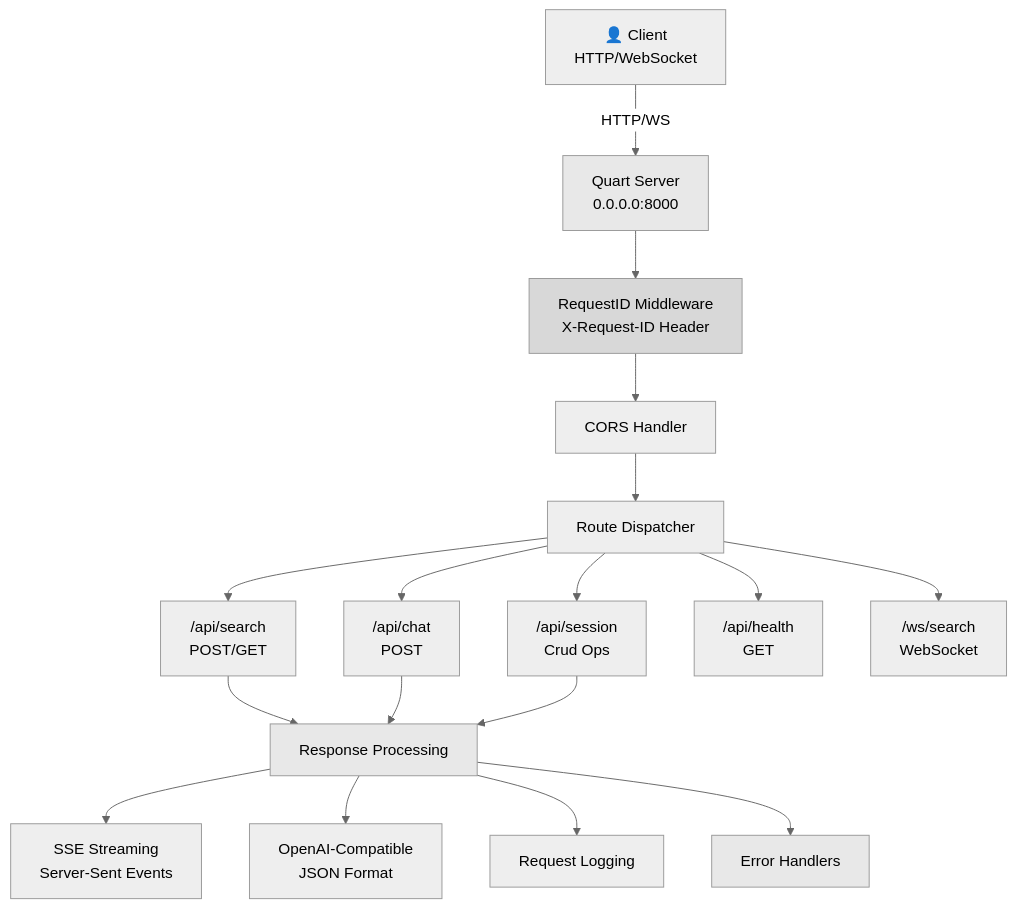
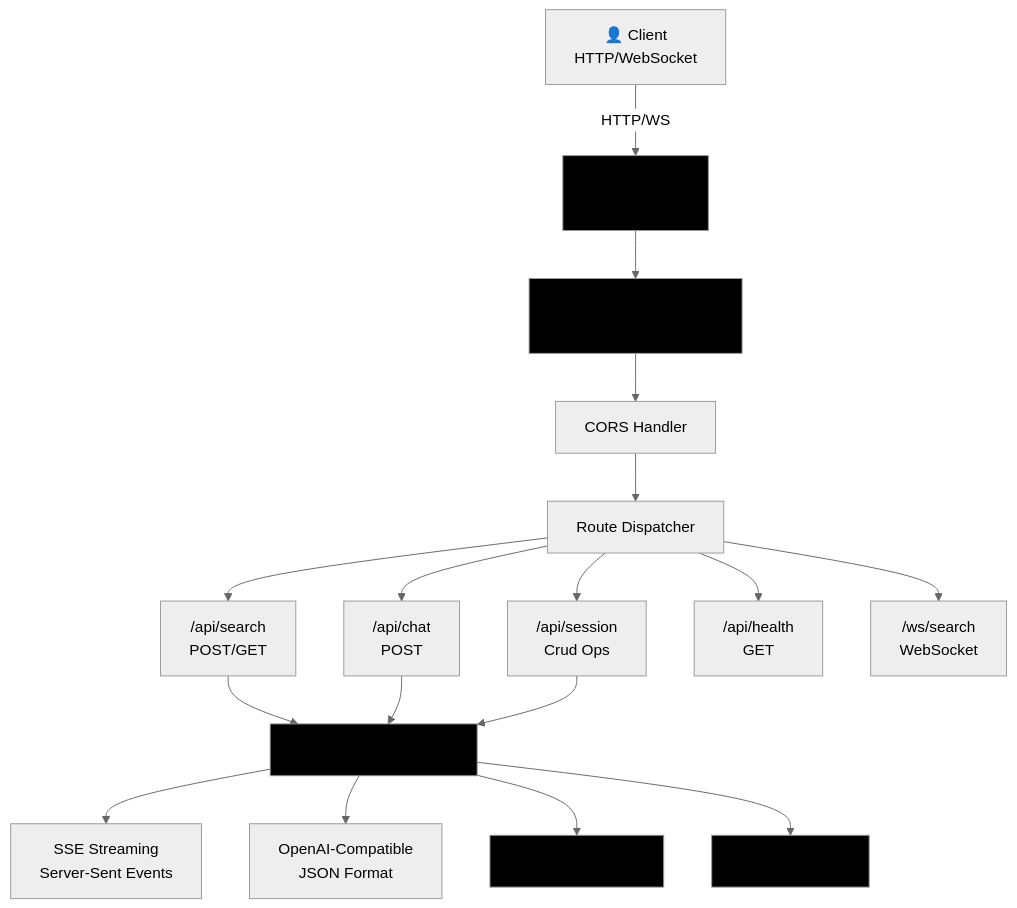
The second of 17 diagrams in DOCS/FULL_ARCHITECTURE.md (pollinations/lixSearch), drawn with Mermaid (neutral theme) before and after one commit.

Commit message:
refactor: Update diagram styles for improved visibility in architecture documentation

````diff
--- a/DOCS/FULL_ARCHITECTURE.md
+++ b/DOCS/FULL_ARCHITECTURE.md
@@ -277,44 +277,45 @@
 ```mermaid
 graph TD
     Client["👤 Client<br/>HTTP/WebSocket"]
     Gateway["Quart Server<br/>0.0.0.0:8000"]
     RequestID["RequestID Middleware<br/>X-Request-ID Header"]
     CORS["CORS Handler"]
     Routes["Route Dispatcher"]
     
     Search["/api/search<br/>POST/GET"]
     Chat["/api/chat<br/>POST"]
     Session["/api/session<br/>Crud Ops"]
     Health["/api/health<br/>GET"]
     WebSocket["/ws/search<br/>WebSocket"]
     
     Processing["Response Processing"]
     SSE["SSE Streaming<br/>Server-Sent Events"]
     JSON["OpenAI-Compatible<br/>JSON Format"]
     Error["Error Handlers"]
     Logging["Request Logging"]
     
     Client -->|HTTP/WS| Gateway
     Gateway --> RequestID
     RequestID --> CORS
     CORS --> Routes
     Routes --> Search
     Routes --> Chat
     Routes --> Session
     Routes --> Health
     Routes --> WebSocket
     
     Search --> Processing
     Chat --> Processing
     Session --> Processing
     
     Processing --> SSE
     Processing --> JSON
     Processing --> Logging
     Processing --> Error
     
-    style Gateway fill:#E8E8E8
-    style RequestID fill:#D8D8D8
-    style Processing fill:#E8E8E8
-    style Error fill:#E8E8E8
+    style Gateway fill:#000
+    style RequestID fill:#000
+    style Processing fill:#000
+    style Error fill:#000
+    style Logging fill:#000
 ```
````
